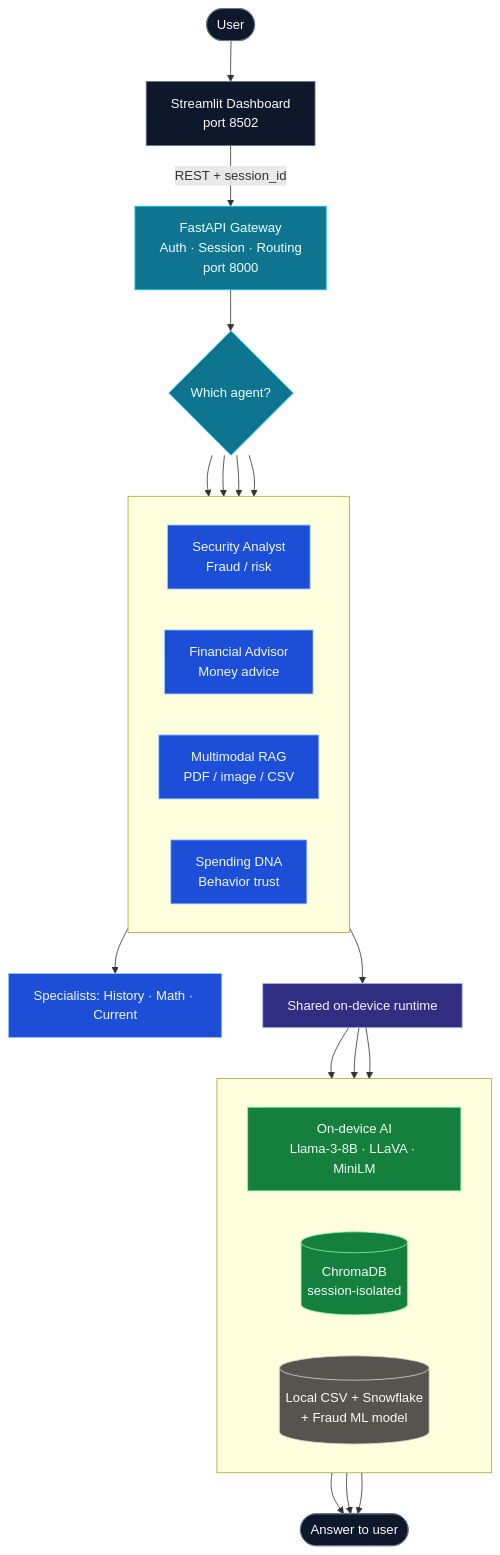
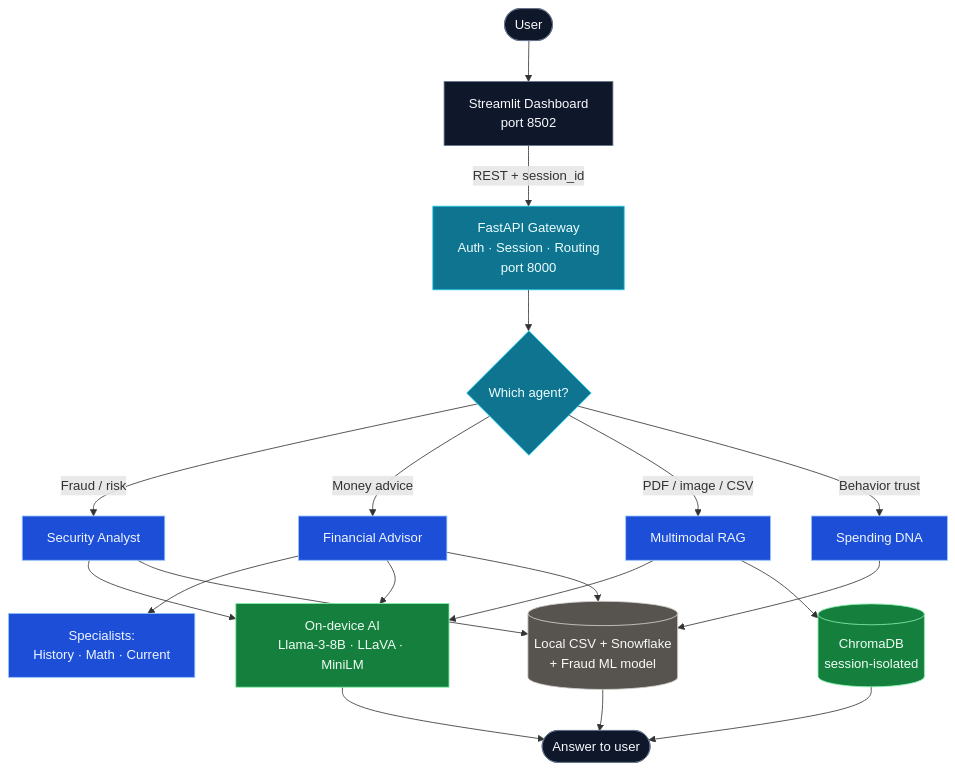
Before and after one commit to ladkrutarth/Hands-On-Week-4: the first of 4 diagrams in README.md, drawn with Mermaid. The commit also changed other lines of this file, not shown here.

````diff
--- a/README.md
+++ b/README.md
@@ -58,52 +58,34 @@
 ```mermaid
 flowchart TB
     U(["User"]) --> D["Streamlit Dashboard<br/>port 8502"]
     D -->|"REST + session_id"| G["FastAPI Gateway<br/>Auth · Session · Routing<br/>port 8000"]
+
     G --> R{"Which agent?"}
 
-    subgraph AGENTS[" "]
-        direction LR
-        A1["Security Analyst<br/>Fraud / risk"]
-        A2["Financial Advisor<br/>Money advice"]
-        A3["Multimodal RAG<br/>PDF / image / CSV"]
-        A4["Spending DNA<br/>Behavior trust"]
-    end
+    R -->|Fraud / risk| A1["Security Analyst"]
+    R -->|Money advice| A2["Financial Advisor"]
+    R -->|PDF / image / CSV| A3["Multimodal RAG"]
+    R -->|Behavior trust| A4["Spending DNA"]
 
-    R --> A1
-    R --> A2
-    R --> A3
-    R --> A4
+    A2 --> S["Specialists:<br/>History · Math · Current"]
 
-    A2 --> S["Specialists: History · Math · Current"]
-
-    AGENTS --> RUN["Shared on-device runtime"]
-
-    subgraph RES[" "]
-        direction LR
-        AI["On-device AI<br/>Llama-3-8B · LLaVA · MiniLM"]
-        V[("ChromaDB<br/>session-isolated")]
-        DATA[("Local CSV + Snowflake<br/>+ Fraud ML model")]
-    end
-
-    RUN --> AI
-    RUN --> V
-    RUN --> DATA
+    A1 & A2 & A3 --> AI["On-device AI<br/>Llama-3-8B · LLaVA · MiniLM"]
+    A3 --> V[("ChromaDB<br/>session-isolated")]
+    A1 & A2 & A4 --> DATA[("Local CSV + Snowflake<br/>+ Fraud ML model")]
 
     AI --> ANS(["Answer to user"])
     V --> ANS
     DATA --> ANS
 
     classDef ui fill:#0f172a,stroke:#64748b,color:#f8fafc
     classDef api fill:#0e7490,stroke:#22d3ee,color:#ecfeff
     classDef agent fill:#1d4ed8,stroke:#93c5fd,color:#eff6ff
     classDef ai fill:#15803d,stroke:#86efac,color:#f0fdf4
     classDef data fill:#57534e,stroke:#d6d3d1,color:#fafaf9
-    classDef hub fill:#312e81,stroke:#a5b4fc,color:#eef2ff
 
     class U,D,ANS ui
     class G,R api
     class A1,A2,A3,A4,S agent
     class AI,V ai
     class DATA data
-    class RUN hub
 ```
````
